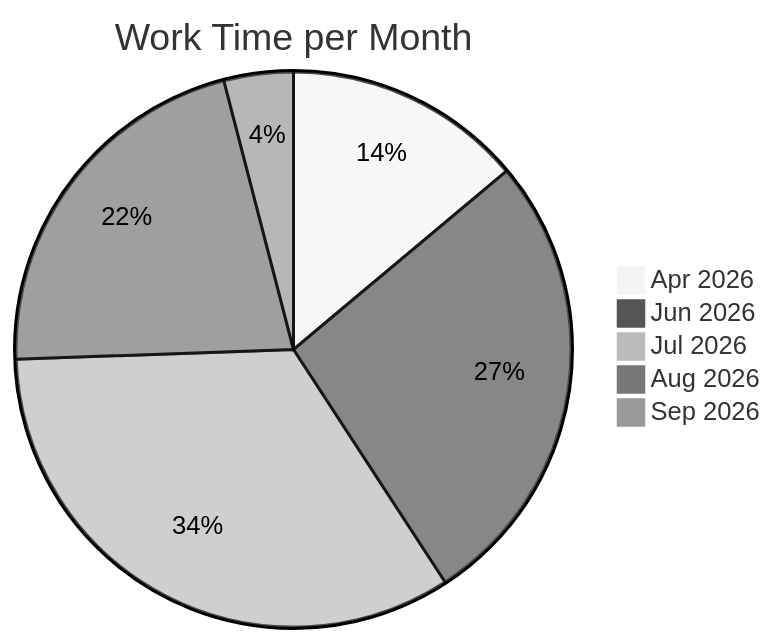
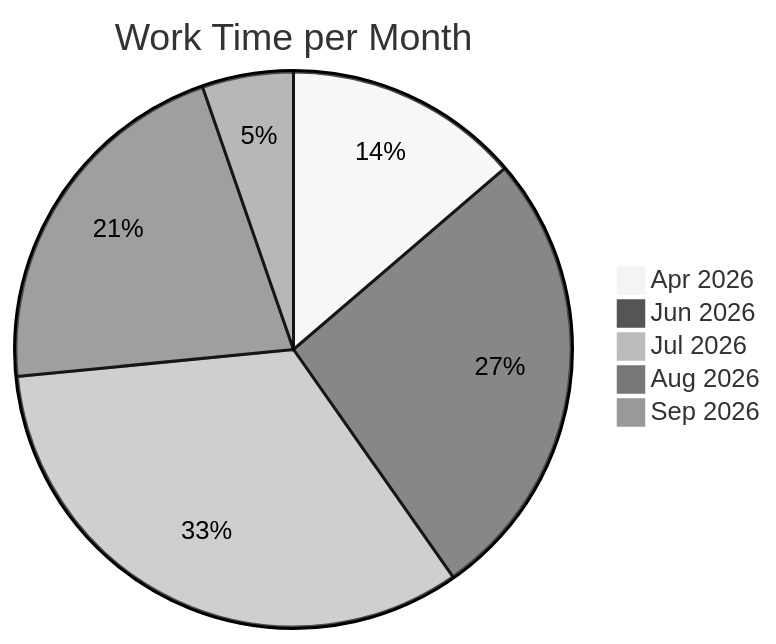
One commit to notWetro/time-tracker changed the diagram in README.md. Above: the diagram before and after it, drawn with Mermaid (neutral theme). The commit also changed other lines of this file and 1 other file, not shown here.

Commit message:
updated worktime

````diff
--- a/README.md
+++ b/README.md
@@ -13,9 +13,9 @@
 ```mermaid
 pie
     title Work Time per Month
     "Apr 2026" : 3.1
     "Jun 2026" : 6.0
     "Jul 2026" : 7.5
     "Aug 2026" : 4.8
-    "Sep 2026" : 0.9
+    "Sep 2026" : 1.2
 ```
````
